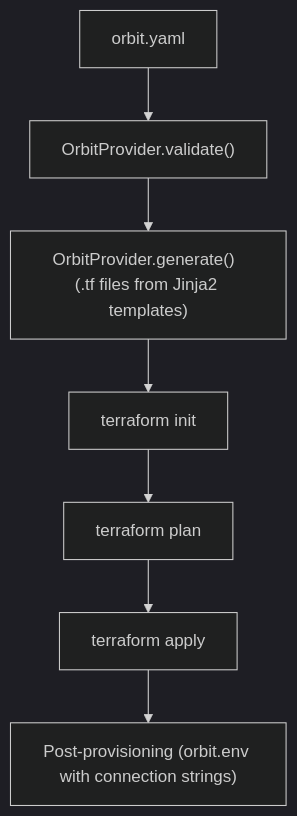
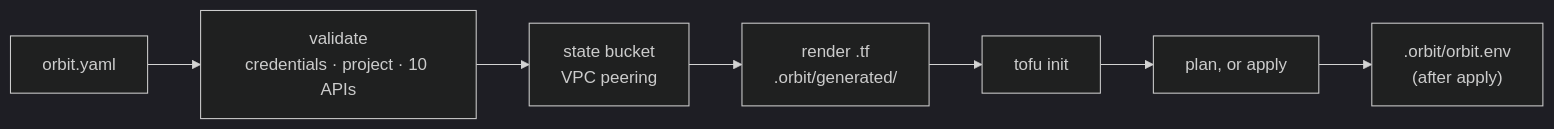
The diagram in docs-site/src/content/docs/orbit/introduction.mdx (monaccode/astromesh), drawn with Mermaid (dark theme) before and after one commit. The commit also changed other lines of this file and 4 other files, not shown here.

First line of the commit message:
docs(orbit): verificadas contra Orbit 0.4.4 — apply pide confirmación, sin lock, seguridad

````diff
--- a/docs-site/src/content/docs/orbit/introduction.mdx
+++ b/docs-site/src/content/docs/orbit/introduction.mdx
@@ -38,11 +41,9 @@
 ```mermaid
-flowchart TB
-    cfg["orbit.yaml"]
-    validate["OrbitProvider.validate()"]
-    generate["OrbitProvider.generate()  (.tf files from Jinja2 templates)"]
-    tfinit["terraform init"]
-    tfplan["terraform plan"]
-    tfapply["terraform apply"]
-    post["Post-provisioning (orbit.env with connection strings)"]
-    cfg --> validate --> generate --> tfinit --> tfplan --> tfapply --> post
+flowchart LR
+    cfg["orbit.yaml"] --> val["validate<br/>credentials · project · 10 APIs"]
+    val --> bucket["state bucket<br/>VPC peering"]
+    bucket --> gen["render .tf<br/>.orbit/generated/"]
+    gen --> init["tofu init"]
+    init --> act["plan, or apply"]
+    act --> env[".orbit/orbit.env<br/>(after apply)"]
 ```
````
